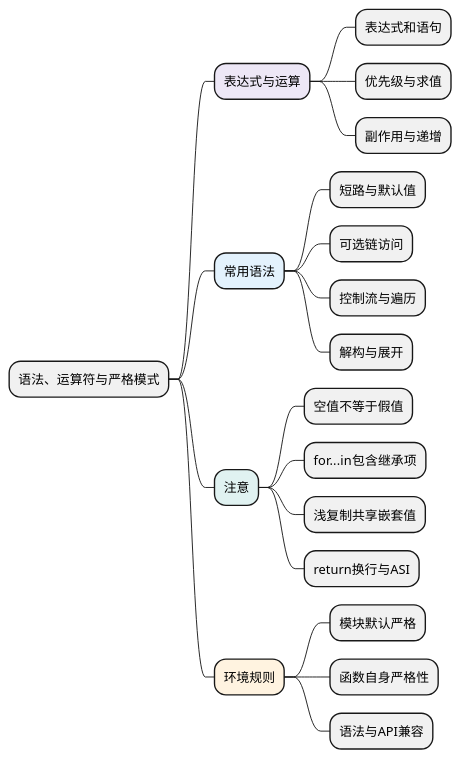
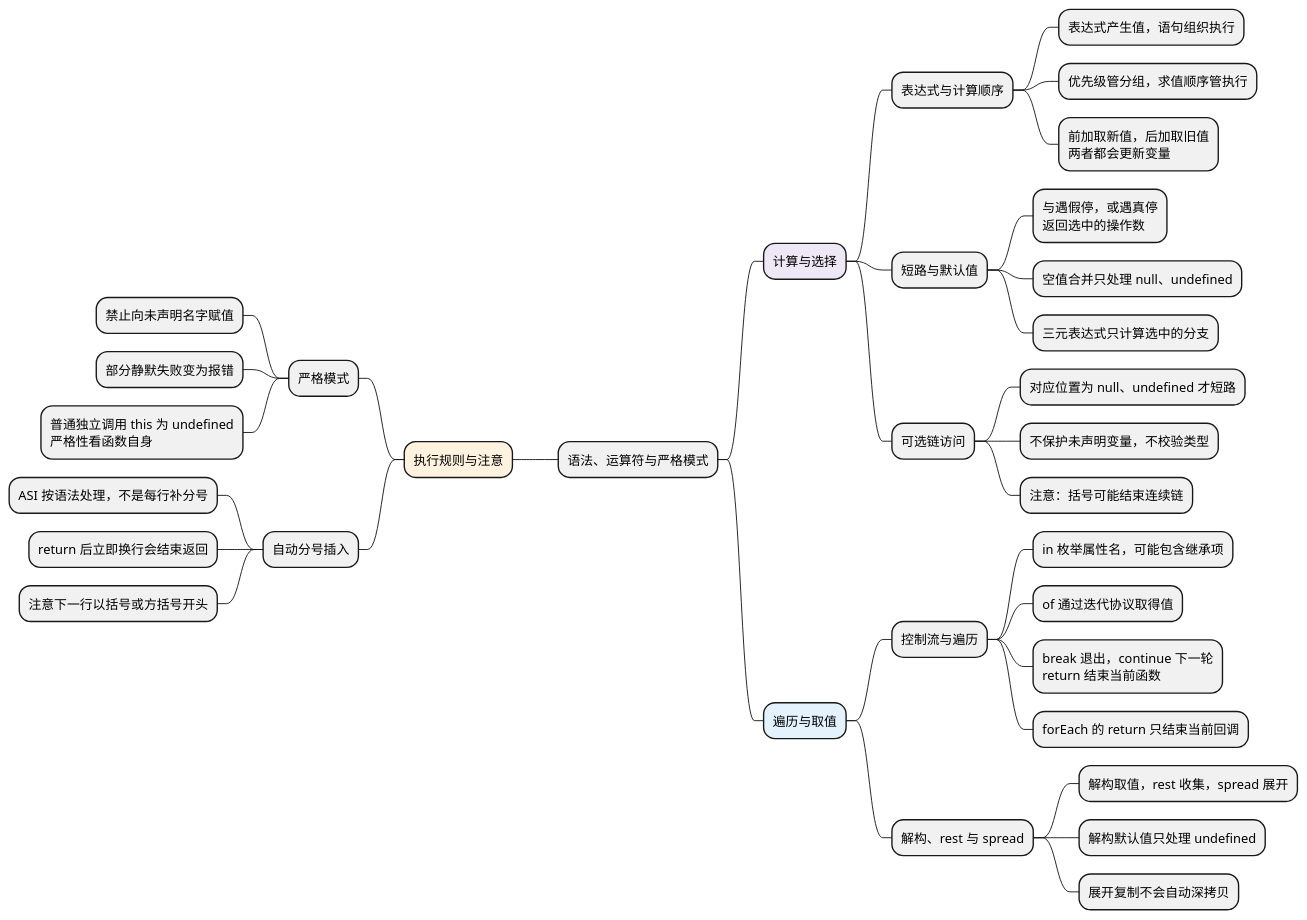
Before and after one commit to chenx18/JAVA: the diagram in docs/AI前端全栈教材/01_JavaScript/02_运行基础/examples/c01-mindmap.puml, drawn with PlantUML. The commit also changed 38 other files, not shown here.

Commit message:
docs: 补充 JavaScript 知识点导图与面试复习总结

```diff
--- a/docs/AI前端全栈教材/01_JavaScript/02_运行基础/examples/c01-mindmap.puml
+++ b/docs/AI前端全栈教材/01_JavaScript/02_运行基础/examples/c01-mindmap.puml
@@ -1,28 +1,43 @@
 @startmindmap
 skinparam defaultFontName Microsoft YaHei
 skinparam defaultFontSize 14
 skinparam dpi 100
 skinparam backgroundColor white
 skinparam shadowing false
 
 * 语法、运算符与严格模式
-**[#EDE7F6] 表达式与运算
-*** 表达式和语句
-*** 优先级与求值
-*** 副作用与递增
-**[#E3F2FD] 常用语法
+**[#EDE7F6] 计算与选择
+*** 表达式与计算顺序
+**** 表达式产生值，语句组织执行
+**** 优先级管分组，求值顺序管执行
+**** 前加取新值，后加取旧值\n两者都会更新变量
 *** 短路与默认值
+**** 与遇假停，或遇真停\n返回选中的操作数
+**** 空值合并只处理 null、undefined
+**** 三元表达式只计算选中的分支
 *** 可选链访问
+**** 对应位置为 null、undefined 才短路
+**** 不保护未声明变量，不校验类型
+**** 注意：括号可能结束连续链
+**[#E3F2FD] 遍历与取值
 *** 控制流与遍历
-*** 解构与展开
-**[#E0F2F1] 注意
-*** 空值不等于假值
-*** for...in包含继承项
-*** 浅复制共享嵌套值
-*** return换行与ASI
-**[#FFF3E0] 环境规则
-*** 模块默认严格
-*** 函数自身严格性
-*** 语法与API兼容
+**** in 枚举属性名，可能包含继承项
+**** of 通过迭代协议取得值
+**** break 退出，continue 下一轮\nreturn 结束当前函数
+**** forEach 的 return 只结束当前回调
+*** 解构、rest 与 spread
+**** 解构取值，rest 收集，spread 展开
+**** 解构默认值只处理 undefined
+**** 展开复制不会自动深拷贝
+left side
+**[#FFF3E0] 执行规则与注意
+*** 严格模式
+**** 禁止向未声明名字赋值
+**** 部分静默失败变为报错
+**** 普通独立调用 this 为 undefined\n严格性看函数自身
+*** 自动分号插入
+**** ASI 按语法处理，不是每行补分号
+**** return 后立即换行会结束返回
+**** 注意下一行以括号或方括号开头
 
 @endmindmap
```
